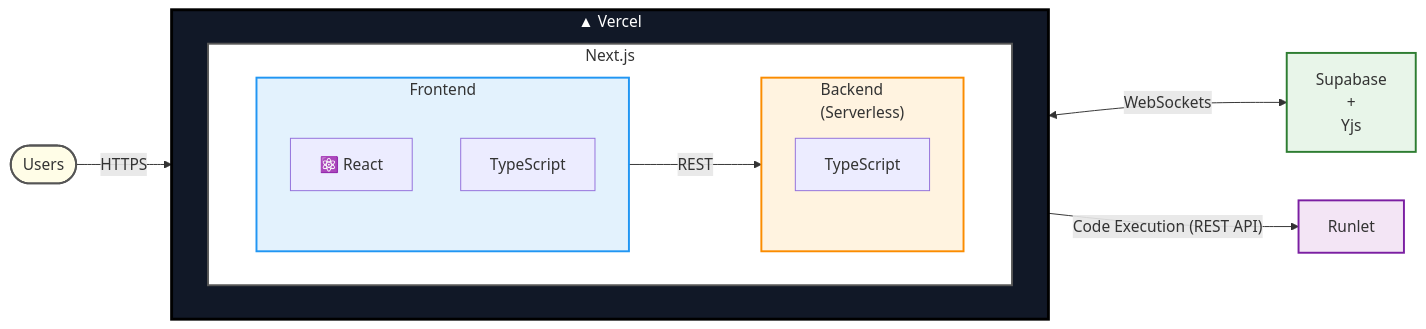
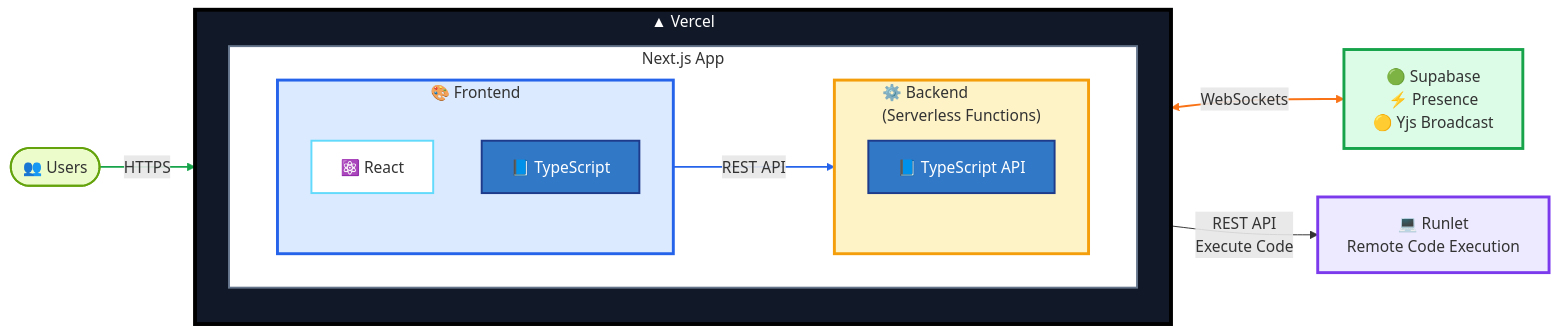
One commit to Nravitejareddy/Dev-Along changed the diagram in README.md. Above: the diagram before and after it, drawn with Mermaid.

````diff
--- a/README.md
+++ b/README.md
@@ -23,47 +23,67 @@
 ```mermaid
 flowchart LR
 
-user([Users])
+%% -------------------- USERS --------------------
+Users([👥 Users])
 
-subgraph vercel["▲ Vercel"]
-    direction LR
+%% -------------------- VERCEL --------------------
+subgraph V["▲ Vercel"]
+direction TB
 
-    subgraph next["Next.js"]
+    subgraph Next["Next.js App"]
 
         direction LR
 
-        subgraph frontend["Frontend"]
-            react["⚛️ React"]
-            tsf["TypeScript"]
+        subgraph Frontend["🎨 Frontend"]
+            direction TB
+            React["⚛️ React"]
+            TSF["📘 TypeScript"]
         end
 
-        subgraph backend["Backend<br/>(Serverless)"]
-            tsb["TypeScript"]
+        subgraph Backend["⚙️ Backend<br/>(Serverless Functions)"]
+            direction TB
+            TSB["📘 TypeScript API"]
         end
 
-        frontend -->|REST| backend
+        Frontend -->|REST API| Backend
 
     end
+
 end
 
-supabase["Supabase<br/>+<br/>Yjs"]
+%% -------------------- SERVICES --------------------
 
-runlet["Runlet"]
+Realtime["🟢 Supabase<br/>⚡ Presence<br/>🟡 Yjs Broadcast"]
 
-user -->|HTTPS| frontend
+Runlet["💻 Runlet<br/>Remote Code Execution"]
 
-frontend <-->|WebSockets| supabase
+%% -------------------- CONNECTIONS --------------------
 
-backend -->|"Code Execution (REST API)"| runlet
+Users -->|HTTPS| Frontend
 
-style vercel fill:#111827,stroke:#000,color:#fff,stroke-width:3px
-style next fill:#ffffff,stroke:#555,stroke-width:2px
+Frontend <-->|WebSockets| Realtime
 
-style frontend fill:#E3F2FD,stroke:#2196F3,stroke-width:2px
-style backend fill:#FFF3E0,stroke:#FB8C00,stroke-width:2px
+Backend -->|"REST API<br/>Execute Code"| Runlet
 
-style supabase fill:#E8F5E9,stroke:#2E7D32,stroke-width:2px
-style runlet fill:#F3E5F5,stroke:#7B1FA2,stroke-width:2px
+%% -------------------- COLORS --------------------
 
-style user fill:#FFFDE7,stroke:#555,stroke-width:2px
+style V fill:#111827,stroke:#000,stroke-width:4px,color:#ffffff
+style Next fill:#ffffff,stroke:#64748b,stroke-width:2px
+
+style Frontend fill:#dbeafe,stroke:#2563eb,stroke-width:3px
+style Backend fill:#fef3c7,stroke:#f59e0b,stroke-width:3px
+
+style Users fill:#ecfccb,stroke:#65a30d,stroke-width:2px
+
+style Realtime fill:#dcfce7,stroke:#16a34a,stroke-width:3px
+
+style Runlet fill:#ede9fe,stroke:#7c3aed,stroke-width:3px
+
+style React fill:#ffffff,stroke:#61dafb,stroke-width:2px
+style TSF fill:#3178C6,color:#fff,stroke:#1e3a8a,stroke-width:2px
+style TSB fill:#3178C6,color:#fff,stroke:#1e3a8a,stroke-width:2px
+
+linkStyle 0 stroke:#2563eb,stroke-width:2px
+linkStyle 1 stroke:#16a34a,stroke-width:2px
+linkStyle 2 stroke:#f97316,stroke-width:2px
 ```
````
